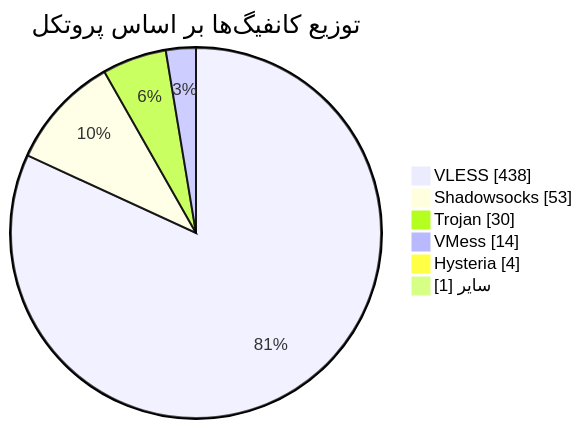
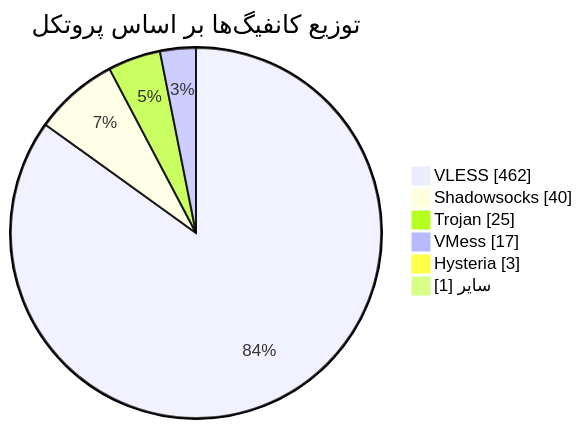
The diagram in README.md (Arian-Alijani/Somthing), drawn with Mermaid before and after one commit. The commit also changed other lines of this file and 83 other files, not shown here.

````diff
--- a/README.md
+++ b/README.md
@@ -48,10 +48,10 @@
 ```mermaid
 pie showData
     title توزیع کانفیگ‌ها بر اساس پروتکل
-    "VLESS" : 438
-    "Shadowsocks" : 53
-    "Trojan" : 30
-    "VMess" : 14
-    "Hysteria" : 4
+    "VLESS" : 462
+    "Shadowsocks" : 40
+    "Trojan" : 25
+    "VMess" : 17
+    "Hysteria" : 3
     "سایر" : 1
 ```
````
